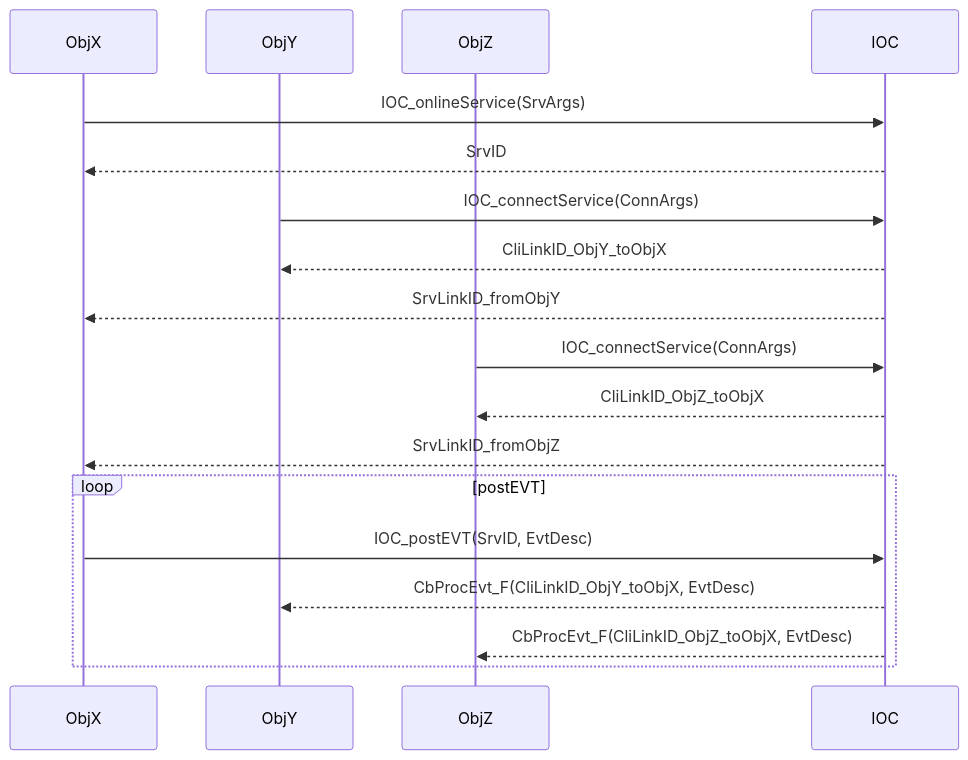
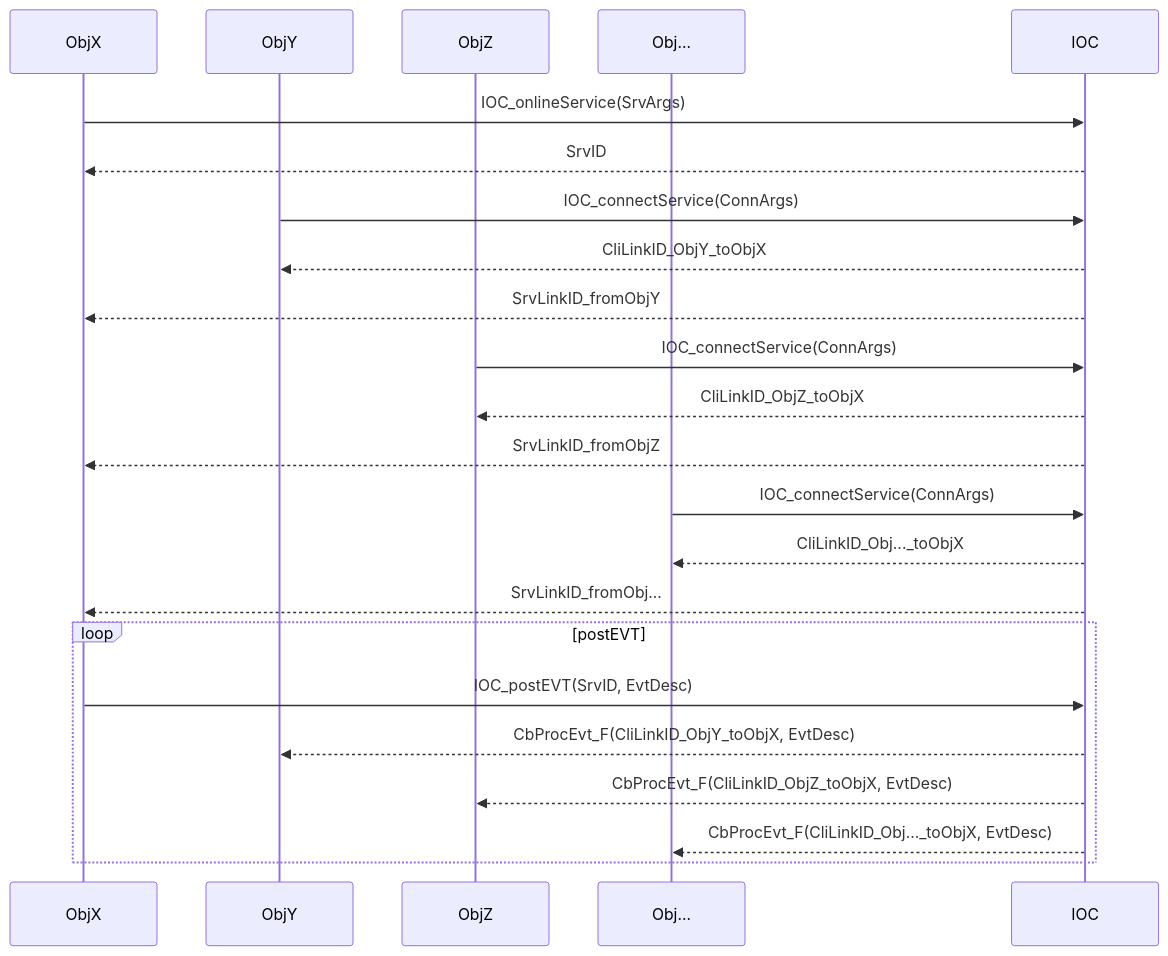
The third of 5 diagrams in README_UserGuide.md (EnigmaWU/MyIOC_inTDD_withGHC), drawn with Mermaid before and after one commit. The commit also changed other lines of this file, not shown here.

Commit message:
【新增】更新README，添加SrvID作为事件生产者的广播示例

````diff
--- a/README_UserGuide.md
+++ b/README_UserGuide.md
@@ -211,23 +211,28 @@
 ```mermaid
 sequenceDiagram
     participant ObjX as ObjX
     participant ObjY as ObjY
     participant ObjZ as ObjZ
+    participant Obj... as Obj...
     participant IOC as IOC
 
     ObjX->>IOC: IOC_onlineService(SrvArgs)
     IOC-->>ObjX: SrvID
-    
+
     ObjY->>IOC: IOC_connectService(ConnArgs)
     IOC-->>ObjY: CliLinkID_ObjY_toObjX
     IOC-->>ObjX: SrvLinkID_fromObjY
     ObjZ->>IOC: IOC_connectService(ConnArgs)
     IOC-->>ObjZ: CliLinkID_ObjZ_toObjX
     IOC-->>ObjX: SrvLinkID_fromObjZ
+    Obj...->>IOC: IOC_connectService(ConnArgs)
+    IOC-->>Obj...: CliLinkID_Obj..._toObjX
+    IOC-->>ObjX: SrvLinkID_fromObj...
     
     loop postEVT
         ObjX->>IOC: IOC_postEVT(SrvID, EvtDesc)
         IOC-->>ObjY: CbProcEvt_F(CliLinkID_ObjY_toObjX, EvtDesc)
         IOC-->>ObjZ: CbProcEvt_F(CliLinkID_ObjZ_toObjX, EvtDesc)
+        IOC-->>Obj...: CbProcEvt_F(CliLinkID_Obj..._toObjX, EvtDesc)
     end
 ```
````
